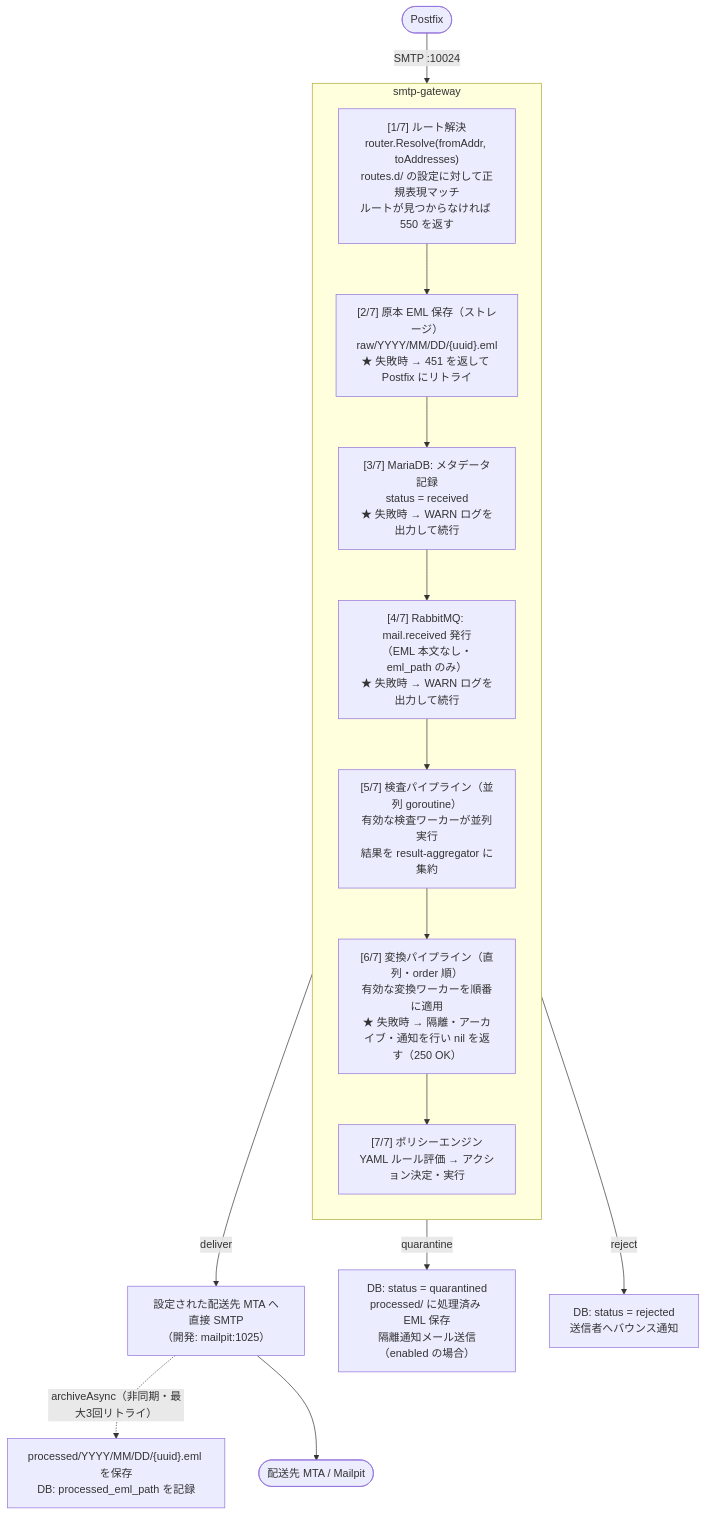
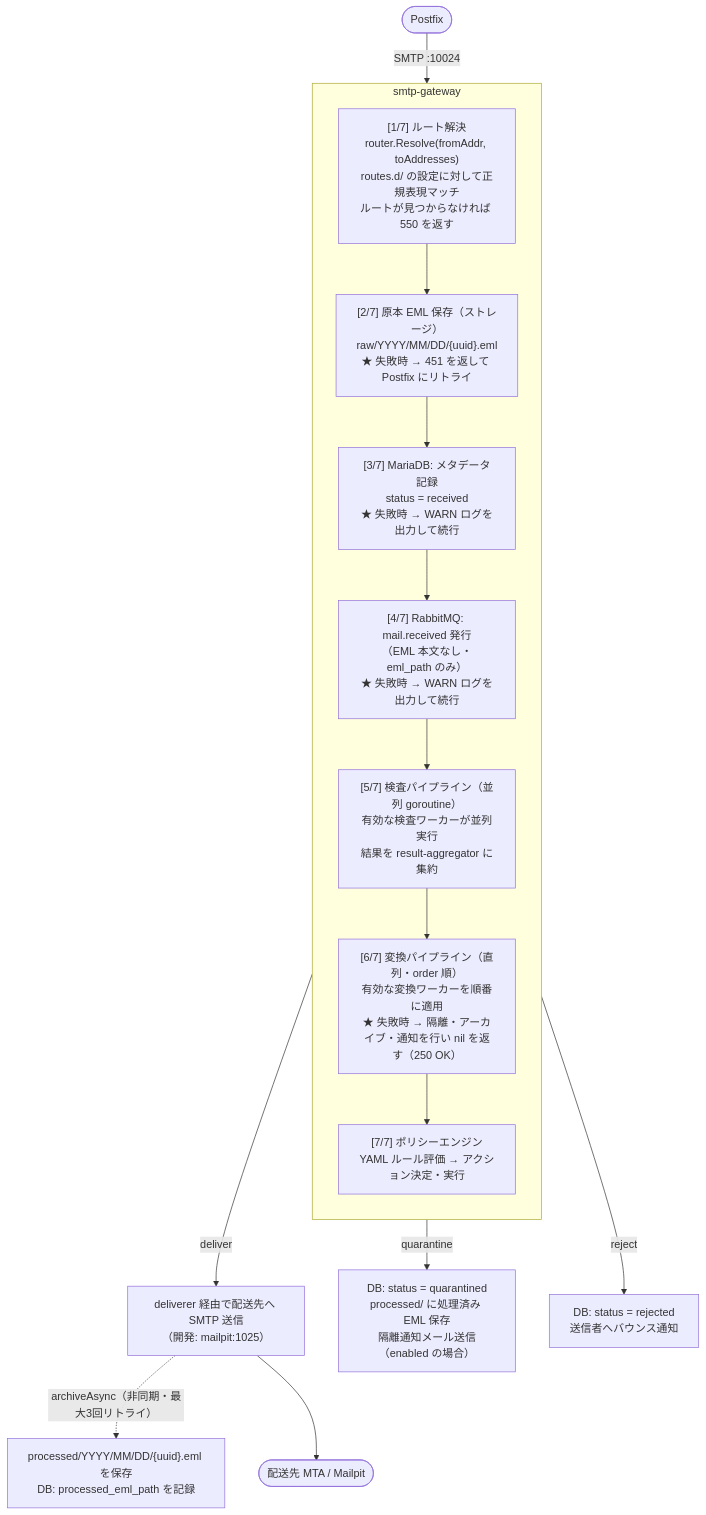
The first of 4 diagrams in docs/specs/mail-processing-flow.md (yumekui08/mailshield), drawn with Mermaid before and after one commit. The commit also changed other lines of this file and 49 other files, not shown here.

````diff
--- a/docs/specs/mail-processing-flow.md
+++ b/docs/specs/mail-processing-flow.md
@@ -26,24 +26,24 @@
 ```mermaid
 flowchart TD
     Postfix([Postfix]) -->|"SMTP :10024"| GW
 
     subgraph GW[smtp-gateway]
         direction TB
         S1["[1/7] ルート解決\nrouter.Resolve(fromAddr, toAddresses)\nroutes.d/ の設定に対して正規表現マッチ\nルートが見つからなければ 550 を返す"]
         S2["[2/7] 原本 EML 保存（ストレージ）\nraw/YYYY/MM/DD/{uuid}.eml\n★ 失敗時 → 451 を返して Postfix にリトライ"]
         S3["[3/7] MariaDB: メタデータ記録\nstatus = received\n★ 失敗時 → WARN ログを出力して続行"]
         S4["[4/7] RabbitMQ: mail.received 発行\n（EML 本文なし・eml_path のみ）\n★ 失敗時 → WARN ログを出力して続行"]
         S5["[5/7] 検査パイプライン（並列 goroutine）\n有効な検査ワーカーが並列実行\n結果を result-aggregator に集約"]
         S6["[6/7] 変換パイプライン（直列・order 順）\n有効な変換ワーカーを順番に適用\n★ 失敗時 → 隔離・アーカイブ・通知を行い nil を返す（250 OK）"]
         S7["[7/7] ポリシーエンジン\nYAML ルール評価 → アクション決定・実行"]
 
         S1 --> S2 --> S3 --> S4 --> S5 --> S6 --> S7
     end
 
-    S7 -->|deliver| Del["設定された配送先 MTA へ直接 SMTP\n（開発: mailpit:1025）"]
+    S7 -->|deliver| Del["deliverer 経由で配送先へ SMTP 送信\n（開発: mailpit:1025）"]
     S7 -->|quarantine| Qua["DB: status = quarantined\nprocessed/ に処理済み EML 保存\n隔離通知メール送信（enabled の場合）"]
     S7 -->|reject| Rej["DB: status = rejected\n送信者へバウンス通知"]
 
     Del -.->|"archiveAsync（非同期・最大3回リトライ）"| Archive["processed/YYYY/MM/DD/{uuid}.eml を保存\nDB: processed_eml_path を記録"]
     Del --> Dest([配送先 MTA / Mailpit])
 ```
````
